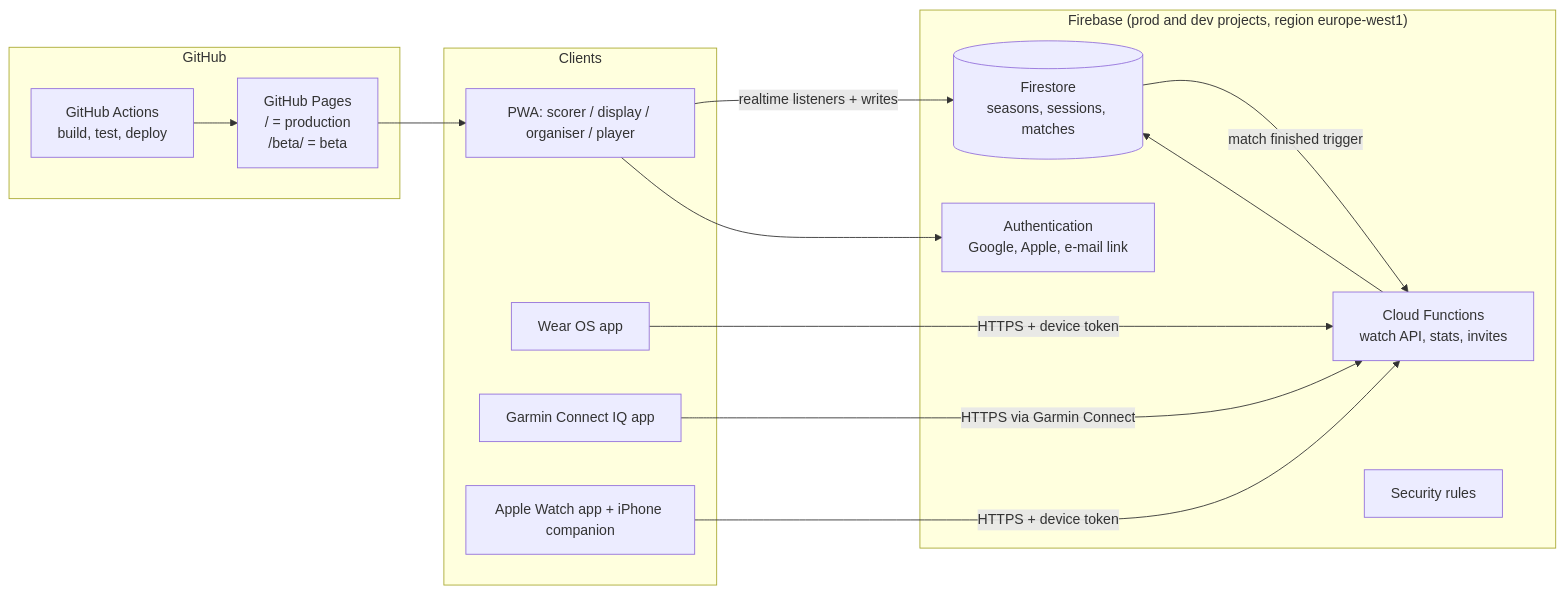
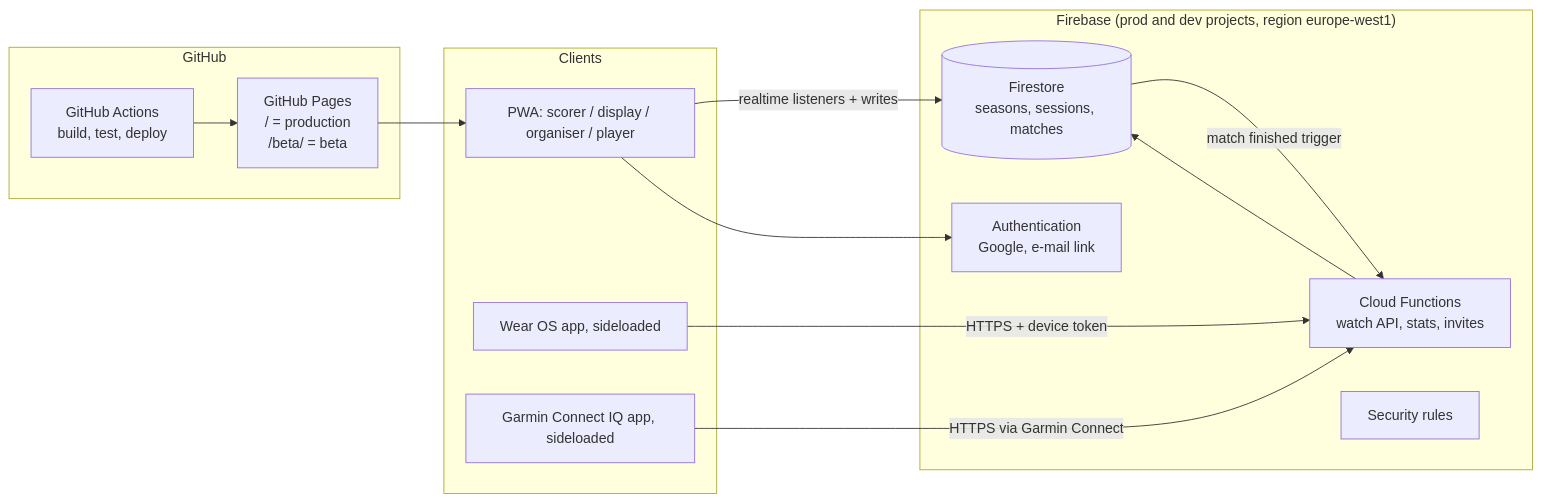
One commit to jorissaenen/badminton-score changed the diagram in docs/architecture.md. Above: the diagram before and after it, drawn with Mermaid. The commit also changed other lines of this file and 1 other file, not shown here.

First line of the commit message:
Plan: no Apple Watch, sideloaded watch apps, scorer tracking and stats

````diff
--- a/docs/architecture.md
+++ b/docs/architecture.md
@@ -19,28 +23,26 @@
 ```mermaid
 flowchart LR
   subgraph Clients
     PWA[PWA: scorer / display / organiser / player]
-    WEAR[Wear OS app]
-    GARMIN[Garmin Connect IQ app]
-    APPLE[Apple Watch app + iPhone companion]
+    WEAR[Wear OS app, sideloaded]
+    GARMIN[Garmin Connect IQ app, sideloaded]
   end
   subgraph GitHub
     PAGES[GitHub Pages<br/>/ = production<br/>/beta/ = beta]
     ACTIONS[GitHub Actions<br/>build, test, deploy]
   end
   subgraph Firebase["Firebase (prod and dev projects, region europe-west1)"]
-    AUTH[Authentication<br/>Google, Apple, e-mail link]
+    AUTH[Authentication<br/>Google, e-mail link]
     FS[(Firestore<br/>seasons, sessions, matches)]
     FN[Cloud Functions<br/>watch API, stats, invites]
     RULES[Security rules]
   end
   PWA -- realtime listeners + writes --> FS
   PWA --> AUTH
   WEAR -- HTTPS + device token --> FN
   GARMIN -- HTTPS via Garmin Connect --> FN
-  APPLE -- HTTPS + device token --> FN
   FN --> FS
   FS -- match finished trigger --> FN
   ACTIONS --> PAGES
   PAGES --> PWA
 ```
````
